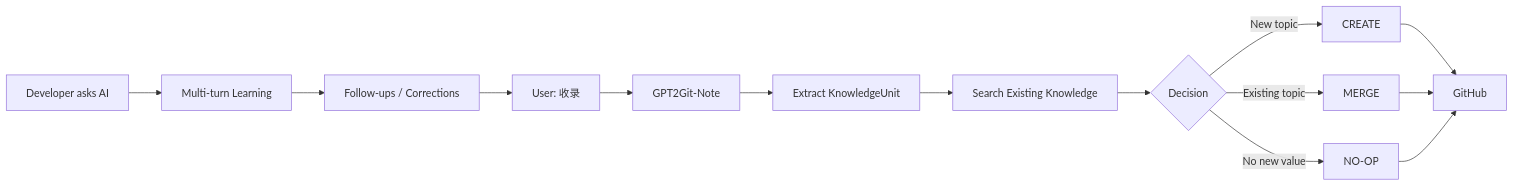
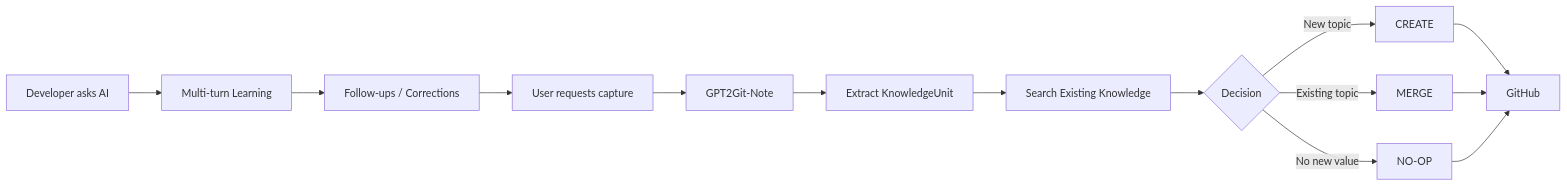
The diagram in README.md (pogacar03/GPT2Git-Note), drawn with Mermaid before and after one commit. The commit also changed other lines of this file, not shown here.

````diff
--- a/README.md
+++ b/README.md
@@ -198,16 +201,16 @@
 ```mermaid
 flowchart LR
     A[Developer asks AI] --> B[Multi-turn Learning]
     B --> C[Follow-ups / Corrections]
-    C --> D[User: 收录]
+    C --> D[User requests capture]
     D --> E[GPT2Git-Note]
     E --> F[Extract KnowledgeUnit]
     F --> G[Search Existing Knowledge]
     G --> H{Decision}
     H -->|New topic| I[CREATE]
     H -->|Existing topic| J[MERGE]
     H -->|No new value| K[NO-OP]
     I --> L[GitHub]
     J --> L
     K --> L
 ```
````
